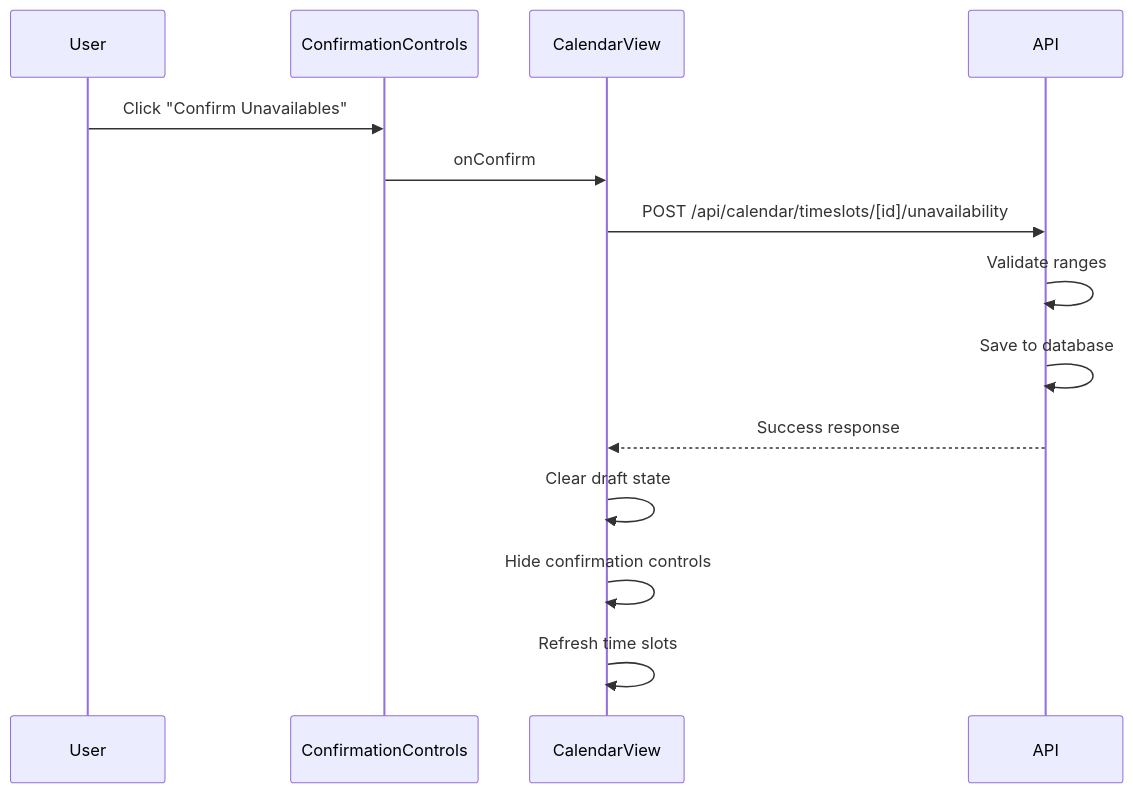
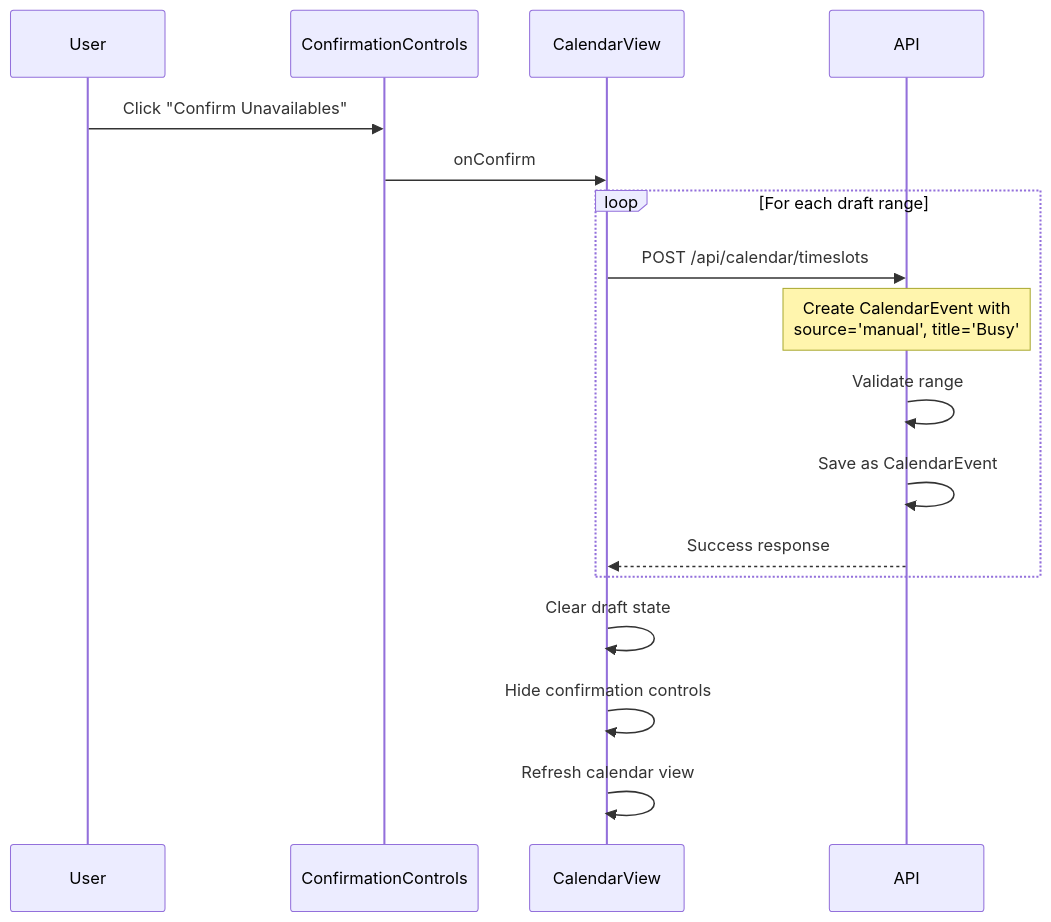
The third of 4 diagrams in .kiro/specs/interactive-unavailability-selection/design.md (LewkisH/avail), drawn with Mermaid before and after one commit. The commit also changed other lines of this file and 14 other files, not shown here.

First line of the commit message:
feat(calendar): add UnavailabilityRange component for draggable time ranges

````diff
--- a/.kiro/specs/interactive-unavailability-selection/design.md
+++ b/.kiro/specs/interactive-unavailability-selection/design.md
@@ -409,17 +387,22 @@
 ```mermaid
 sequenceDiagram
     participant User
     participant ConfirmationControls
     participant CalendarView
     participant API
 
     User->>ConfirmationControls: Click "Confirm Unavailables"
     ConfirmationControls->>CalendarView: onConfirm
-    CalendarView->>API: POST /api/calendar/timeslots/[id]/unavailability
-    API->>API: Validate ranges
-    API->>API: Save to database
-    API-->>CalendarView: Success response
+    
+    loop For each draft range
+        CalendarView->>API: POST /api/calendar/timeslots
+        Note over API: Create CalendarEvent with<br/>source='manual', title='Busy'
+        API->>API: Validate range
+        API->>API: Save as CalendarEvent
+        API-->>CalendarView: Success response
+    end
+    
     CalendarView->>CalendarView: Clear draft state
     CalendarView->>CalendarView: Hide confirmation controls
-    CalendarView->>CalendarView: Refresh time slots
+    CalendarView->>CalendarView: Refresh calendar view
 ```
````
